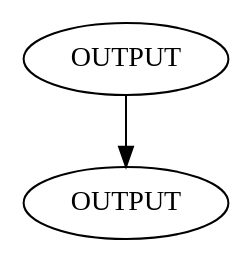
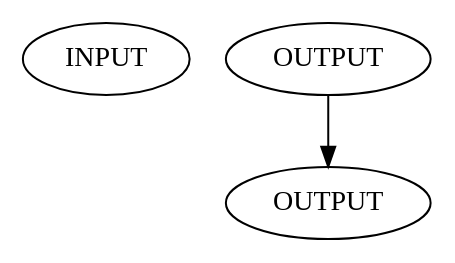
The diagram in Projet_C/Examen/grammar_check/output_loop.dot (RomainLattier/Projet_C_2AMT), drawn with Graphviz before and after one commit. The commit also changed 21 other files, not shown here.

```diff
--- a/Projet_C/Examen/grammar_check/output_loop.dot
+++ b/Projet_C/Examen/grammar_check/output_loop.dot
@@ -1,9 +1,10 @@
 digraph test {
+
+I [label = "INPUT"];
 
 O [label = "OUTPUT"];
 O2 [label = "OUTPUT"];
 
-
 O -> O2;
 
 }
```
